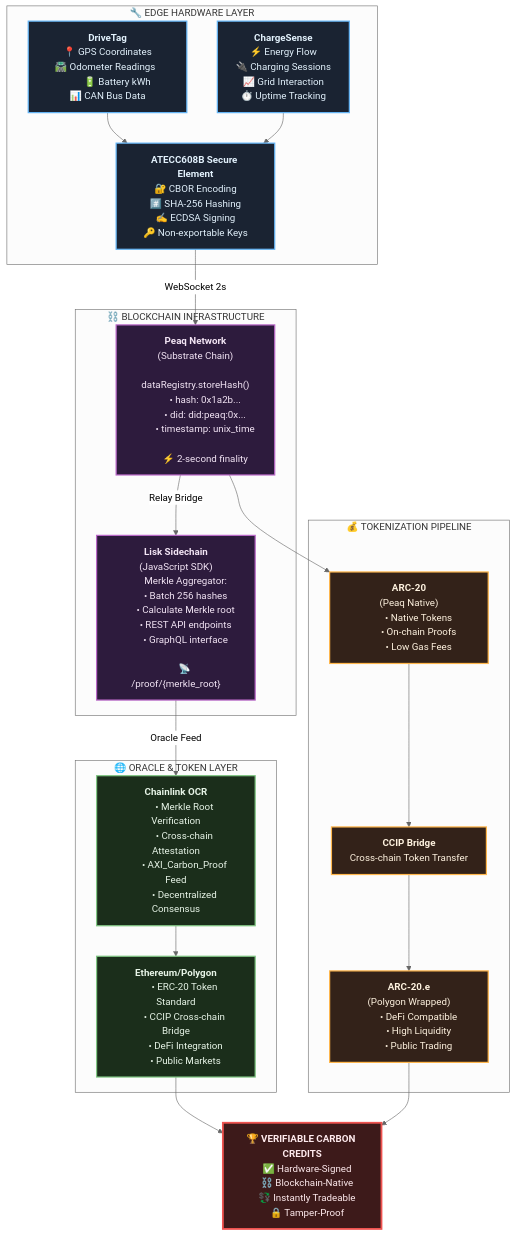
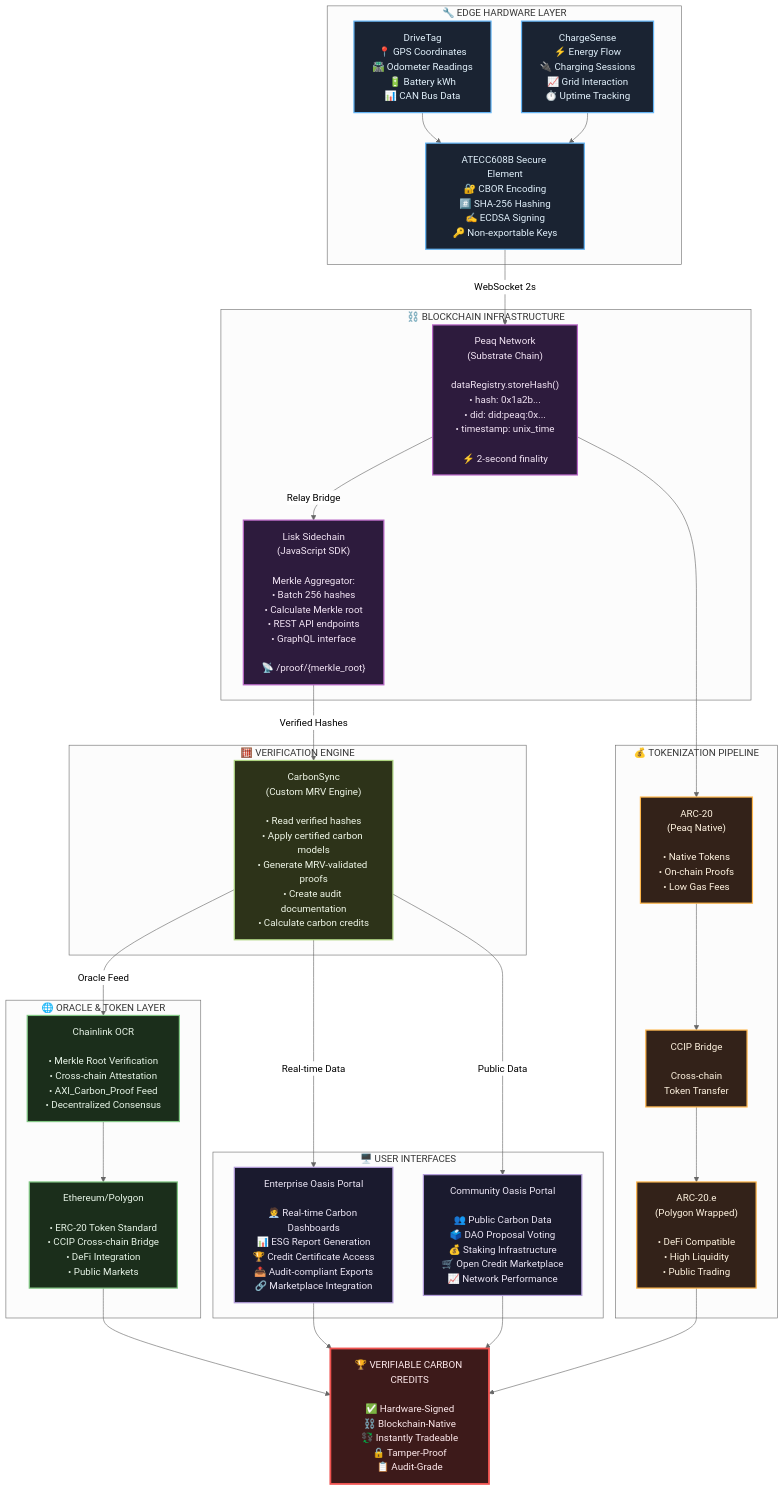
The diagram in README.md (brn-mwai/aximobility-blockchain), drawn with Mermaid (neutral theme) before and after one commit. The commit also changed other lines of this file, not shown here.

````diff
--- a/README.md
+++ b/README.md
@@ -58,120 +69,85 @@
 graph TB
     %% Edge Layer
     subgraph EdgeLayer["🔧 EDGE HARDWARE LAYER"]
-        DT["`**DriveTag**
-        📍 GPS Coordinates
-        🛣️ Odometer Readings  
-        🔋 Battery kWh
-        📊 CAN Bus Data`"]
+        DT["DriveTag<br/>📍 GPS Coordinates<br/>🛣️ Odometer Readings<br/>🔋 Battery kWh<br/>📊 CAN Bus Data"]
         
-        CS["`**ChargeSense**
-        ⚡ Energy Flow
-        🔌 Charging Sessions
-        📈 Grid Interaction
-        ⏱️ Uptime Tracking`"]
+        CS["ChargeSense<br/>⚡ Energy Flow<br/>🔌 Charging Sessions<br/>📈 Grid Interaction<br/>⏱️ Uptime Tracking"]
         
-        SEC["`**ATECC608B Secure Element**
-        🔐 CBOR Encoding
-        #️⃣ SHA-256 Hashing
-        ✍️ ECDSA Signing
-        🔑 Non-exportable Keys`"]
+        SEC["ATECC608B Secure Element<br/>🔐 CBOR Encoding<br/>#️⃣ SHA-256 Hashing<br/>✍️ ECDSA Signing<br/>🔑 Non-exportable Keys"]
     end
 
     %% Blockchain Layer
     subgraph BlockchainLayer["⛓️ BLOCKCHAIN INFRASTRUCTURE"]
-        PEAQ["`**Peaq Network**
-        (Substrate Chain)
+        PEAQ["Peaq Network<br/>(Substrate Chain)<br/><br/>dataRegistry.storeHash()<br/>• hash: 0x1a2b...<br/>• did: did:peaq:0x...<br/>• timestamp: unix_time<br/><br/>⚡ 2-second finality"]
         
-        dataRegistry.storeHash()
-        • hash: 0x1a2b...
-        • did: did:peaq:0x...
-        • timestamp: unix_time
-        
-        ⚡ 2-second finality`"]
-        
-        LISK["`**Lisk Sidechain**
-        (JavaScript SDK)
-        
-        Merkle Aggregator:
-        • Batch 256 hashes
-        • Calculate Merkle root
-        • REST API endpoints
-        • GraphQL interface
-        
-        📡 /proof/{merkle_root}`"]
+        LISK["Lisk Sidechain<br/>(JavaScript SDK)<br/><br/>Merkle Aggregator:<br/>• Batch 256 hashes<br/>• Calculate Merkle root<br/>• REST API endpoints<br/>• GraphQL interface<br/><br/>📡 /proof/{merkle_root}"]
+    end
+
+    %% Verification Layer
+    subgraph VerificationLayer["🧮 VERIFICATION ENGINE"]
+        CARBONSYNC["CarbonSync<br/>(Custom MRV Engine)<br/><br/>• Read verified hashes<br/>• Apply certified carbon models<br/>• Generate MRV-validated proofs<br/>• Create audit documentation<br/>• Calculate carbon credits"]
     end
 
     %% Oracle Layer
     subgraph OracleLayer["🌐 ORACLE & TOKEN LAYER"]
-        CHAIN["`**Chainlink OCR**
+        CHAIN["Chainlink OCR<br/><br/>• Merkle Root Verification<br/>• Cross-chain Attestation<br/>• AXI_Carbon_Proof Feed<br/>• Decentralized Consensus"]
         
-        • Merkle Root Verification
-        • Cross-chain Attestation
-        • AXI_Carbon_Proof Feed
-        • Decentralized Consensus`"]
-        
-        ETH["`**Ethereum/Polygon**
-        
-        • ERC-20 Token Standard
-        • CCIP Cross-chain Bridge
-        • DeFi Integration
-        • Public Markets`"]
+        ETH["Ethereum/Polygon<br/><br/>• ERC-20 Token Standard<br/>• CCIP Cross-chain Bridge<br/>• DeFi Integration<br/>• Public Markets"]
     end
 
     %% Token Flow
     subgraph TokenFlow["💰 TOKENIZATION PIPELINE"]
-        ARC20["`**ARC-20**
-        (Peaq Native)
+        ARC20["ARC-20<br/>(Peaq Native)<br/><br/>• Native Tokens<br/>• On-chain Proofs<br/>• Low Gas Fees"]
         
-        • Native Tokens
-        • On-chain Proofs
-        • Low Gas Fees`"]
+        BRIDGE["CCIP Bridge<br/><br/>Cross-chain<br/>Token Transfer"]
         
-        BRIDGE["`**CCIP Bridge**
+        ERC20["ARC-20.e<br/>(Polygon Wrapped)<br/><br/>• DeFi Compatible<br/>• High Liquidity<br/>• Public Trading"]
+    end
+
+    %% User Interfaces
+    subgraph UserInterfaces["🖥️ USER INTERFACES"]
+        ENTERPRISE["Enterprise Oasis Portal<br/><br/>🧑‍💼 Real-time Carbon Dashboards<br/>📊 ESG Report Generation<br/>🏆 Credit Certificate Access<br/>📤 Audit-compliant Exports<br/>🔗 Marketplace Integration"]
         
-        Cross-chain
-        Token Transfer`"]
-        
-        ERC20["`**ARC-20.e**
-        (Polygon Wrapped)
-        
-        • DeFi Compatible
-        • High Liquidity
-        • Public Trading`"]
+        COMMUNITY["Community Oasis Portal<br/><br/>👥 Public Carbon Data<br/>🗳️ DAO Proposal Voting<br/>💰 Staking Infrastructure<br/>🛒 Open Credit Marketplace<br/>📈 Network Performance"]
     end
 
     %% Final Output
-    CREDITS["`🏆 **VERIFIABLE CARBON CREDITS**
-    
-    ✅ Hardware-Signed
-    ⛓️ Blockchain-Native
-    💱 Instantly Tradeable
-    🔒 Tamper-Proof`"]
+    CREDITS["🏆 VERIFIABLE CARBON CREDITS<br/><br/>✅ Hardware-Signed<br/>⛓️ Blockchain-Native<br/>💱 Instantly Tradeable<br/>🔒 Tamper-Proof<br/>📋 Audit-Grade"]
 
     %% Connections
     DT --> SEC
     CS --> SEC
     SEC -->|WebSocket 2s| PEAQ
     PEAQ -->|Relay Bridge| LISK
-    LISK -->|Oracle Feed| CHAIN
+    LISK -->|Verified Hashes| CARBONSYNC
+    CARBONSYNC -->|Oracle Feed| CHAIN
     CHAIN --> ETH
     
     PEAQ --> ARC20
     ARC20 --> BRIDGE
     BRIDGE --> ERC20
+    
+    CARBONSYNC -->|Real-time Data| ENTERPRISE
+    CARBONSYNC -->|Public Data| COMMUNITY
     ETH --> CREDITS
     ERC20 --> CREDITS
+    ENTERPRISE --> CREDITS
+    COMMUNITY --> CREDITS
 
-    %% Dark Mode Styling
-    classDef edgeStyleDark fill:#1a2332,stroke:#64b5f6,stroke-width:2px,color:#e3f2fd
-    classDef blockchainStyleDark fill:#2d1b3d,stroke:#ba68c8,stroke-width:2px,color:#f3e5f5
-    classDef oracleStyleDark fill:#1b2e1b,stroke:#81c784,stroke-width:2px,color:#e8f5e8
-    classDef tokenStyleDark fill:#332219,stroke:#ffb74d,stroke-width:2px,color:#fff3e0
-    classDef creditsStyleDark fill:#3d1a1a,stroke:#ef5350,stroke-width:3px,color:#ffebee
+    %% Styling
+    classDef edgeStyle fill:#1a2332,stroke:#64b5f6,stroke-width:2px,color:#e3f2fd
+    classDef blockchainStyle fill:#2d1b3d,stroke:#ba68c8,stroke-width:2px,color:#f3e5f5
+    classDef verificationStyle fill:#2d3319,stroke:#aed581,stroke-width:2px,color:#f1f8e9
+    classDef oracleStyle fill:#1b2e1b,stroke:#81c784,stroke-width:2px,color:#e8f5e8
+    classDef tokenStyle fill:#332219,stroke:#ffb74d,stroke-width:2px,color:#fff3e0
+    classDef interfaceStyle fill:#1a1a2e,stroke:#b39ddb,stroke-width:2px,color:#ede7f6
+    classDef creditsStyle fill:#3d1a1a,stroke:#ef5350,stroke-width:3px,color:#ffebee
 
-    class DT,CS,SEC edgeStyleDark
-    class PEAQ,LISK blockchainStyleDark
-    class CHAIN,ETH oracleStyleDark
-    class ARC20,BRIDGE,ERC20 tokenStyleDark
-    class CREDITS creditsStyleDark
+    class DT,CS,SEC edgeStyle
+    class PEAQ,LISK blockchainStyle
+    class CARBONSYNC verificationStyle
+    class CHAIN,ETH oracleStyle
+    class ARC20,BRIDGE,ERC20 tokenStyle
+    class ENTERPRISE,COMMUNITY interfaceStyle
+    class CREDITS creditsStyle
 ```
````
